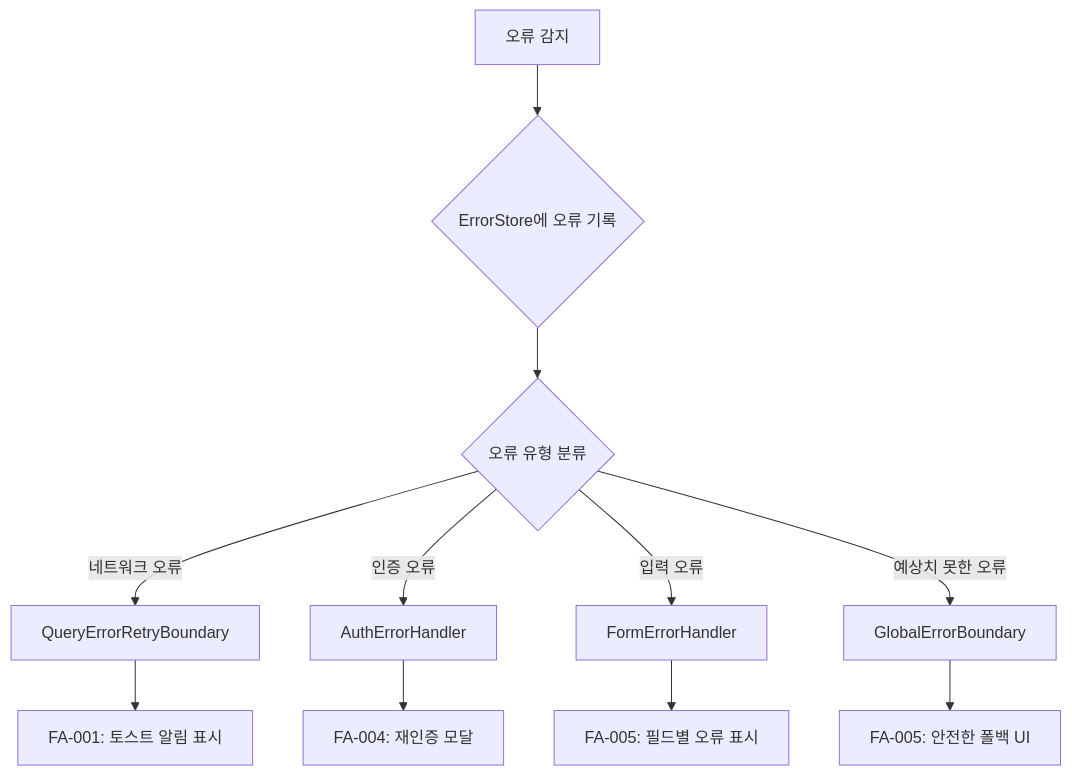
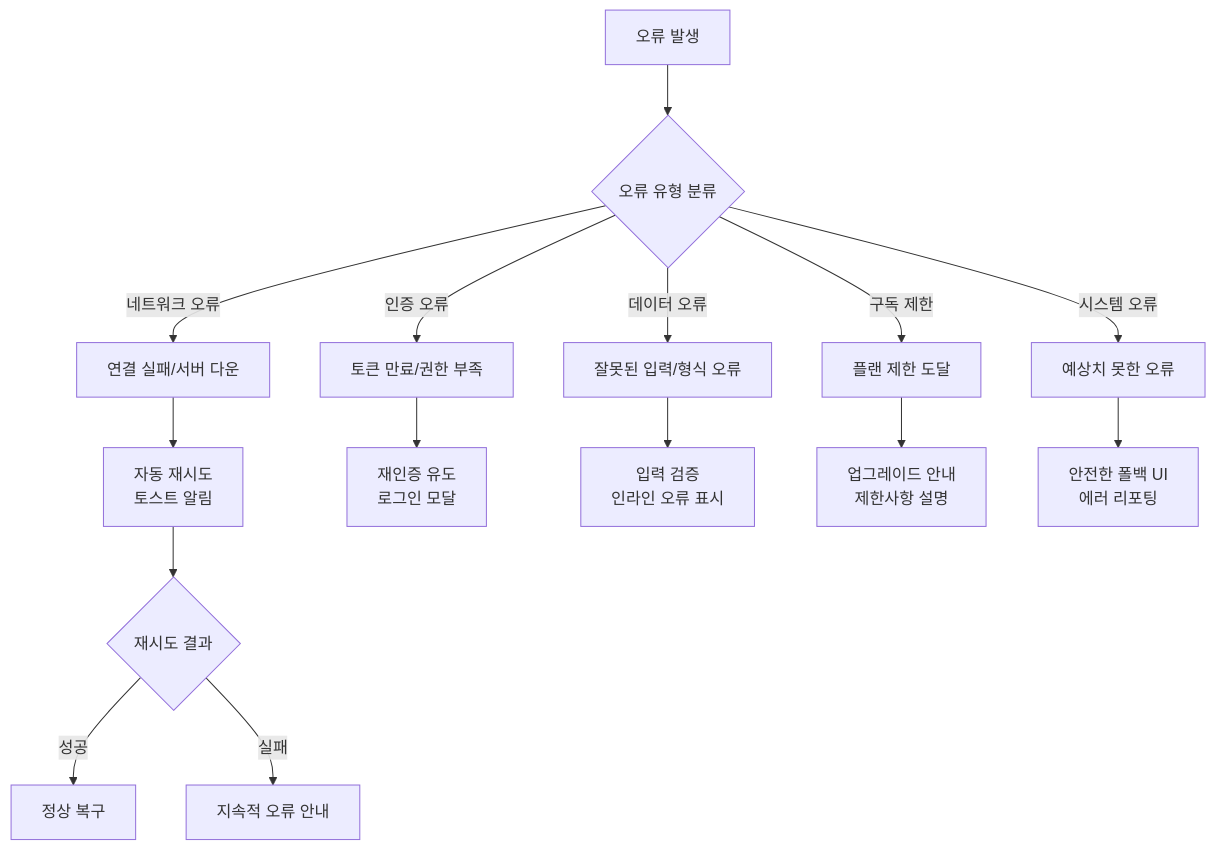
Diagram 13 of 14 in ui-design/user-flows.md (Seungwoo321/etorch-docs), drawn with Mermaid before and after one commit. The commit also changed other lines of this file, not shown here.

````diff
--- a/ui-design/user-flows.md
+++ b/ui-design/user-flows.md
@@ -709,15 +505,20 @@
 ```mermaid
 flowchart TD
-    A[오류 감지] --> B{ErrorStore에 오류 기록}
-    B --> C{오류 유형 분류}
+    A[오류 발생] --> B{오류 유형 분류}
     
-    C -->|네트워크 오류| D[QueryErrorRetryBoundary]
-    C -->|인증 오류| E[AuthErrorHandler]
-    C -->|입력 오류| F[FormErrorHandler]
-    C -->|예상치 못한 오류| G[GlobalErrorBoundary]
+    B -->|네트워크 오류| C[연결 실패/서버 다운]
+    B -->|인증 오류| D[토큰 만료/권한 부족]
+    B -->|데이터 오류| E[잘못된 입력/형식 오류]
+    B -->|구독 제한| F[플랜 제한 도달]
+    B -->|시스템 오류| G[예상치 못한 오류]
     
-    D --> H[FA-001: 토스트 알림 표시]
-    E --> I[FA-004: 재인증 모달]
-    F --> J[FA-005: 필드별 오류 표시]
-    G --> K[FA-005: 안전한 폴백 UI]
+    C --> H1[자동 재시도<br/>토스트 알림]
+    D --> H2[재인증 유도<br/>로그인 모달]
+    E --> H3[입력 검증<br/>인라인 오류 표시]
+    F --> H4[업그레이드 안내<br/>제한사항 설명]
+    G --> H5[안전한 폴백 UI<br/>에러 리포팅]
+    
+    H1 --> I{재시도 결과}
+    I -->|성공| J[정상 복구]
+    I -->|실패| K[지속적 오류 안내]
 ```
````
